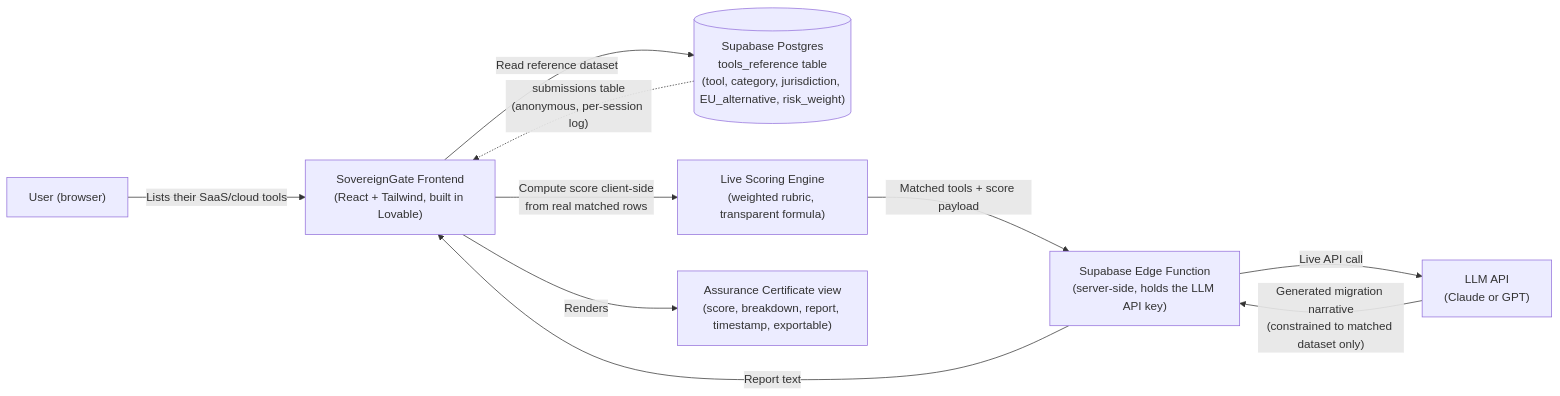
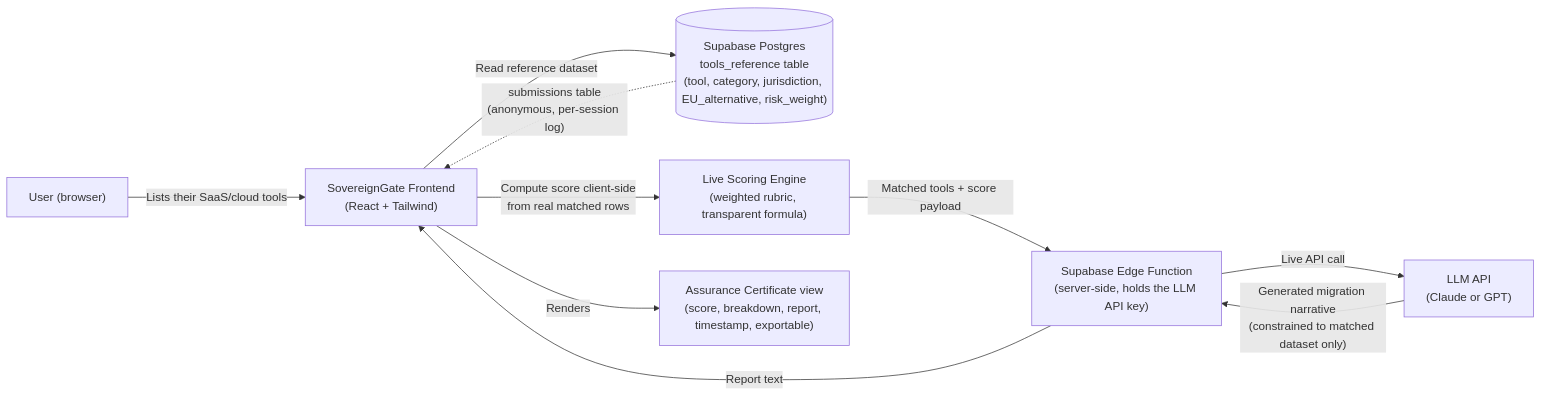
Before and after one commit to MRehan516/euro-sovereign-scan: the diagram in README.md, drawn with Mermaid. The commit also changed 3 other files, not shown here.

````diff
--- a/README.md
+++ b/README.md
@@ -33,12 +33,12 @@
 ```mermaid
 flowchart LR
-    U["User (browser)"] -->|"Lists their SaaS/cloud tools"| FE["SovereignGate Frontend\n(React + Tailwind, built in Lovable)"]
+    U["User (browser)"] -->|"Lists their SaaS/cloud tools"| FE["SovereignGate Frontend\n(React + Tailwind)"]
     FE -->|"Read reference dataset"| DB[("Supabase Postgres\ntools_reference table\n(tool, category, jurisdiction, EU_alternative, risk_weight)")]
     FE -->|"Compute score client-side\nfrom real matched rows"| SCORE["Live Scoring Engine\n(weighted rubric, transparent formula)"]
     SCORE -->|"Matched tools + score payload"| EDGE["Supabase Edge Function\n(server-side, holds the LLM API key)"]
     EDGE -->|"Live API call"| LLM["LLM API\n(Claude or GPT)"]
     LLM -->|"Generated migration narrative\n(constrained to matched dataset only)"| EDGE
     EDGE -->|"Report text"| FE
     FE -->|"Renders"| CERT["Assurance Certificate view\n(score, breakdown, report, timestamp, exportable)"]
     DB -.->|"submissions table\n(anonymous, per-session log)"| FE
 ```
````
